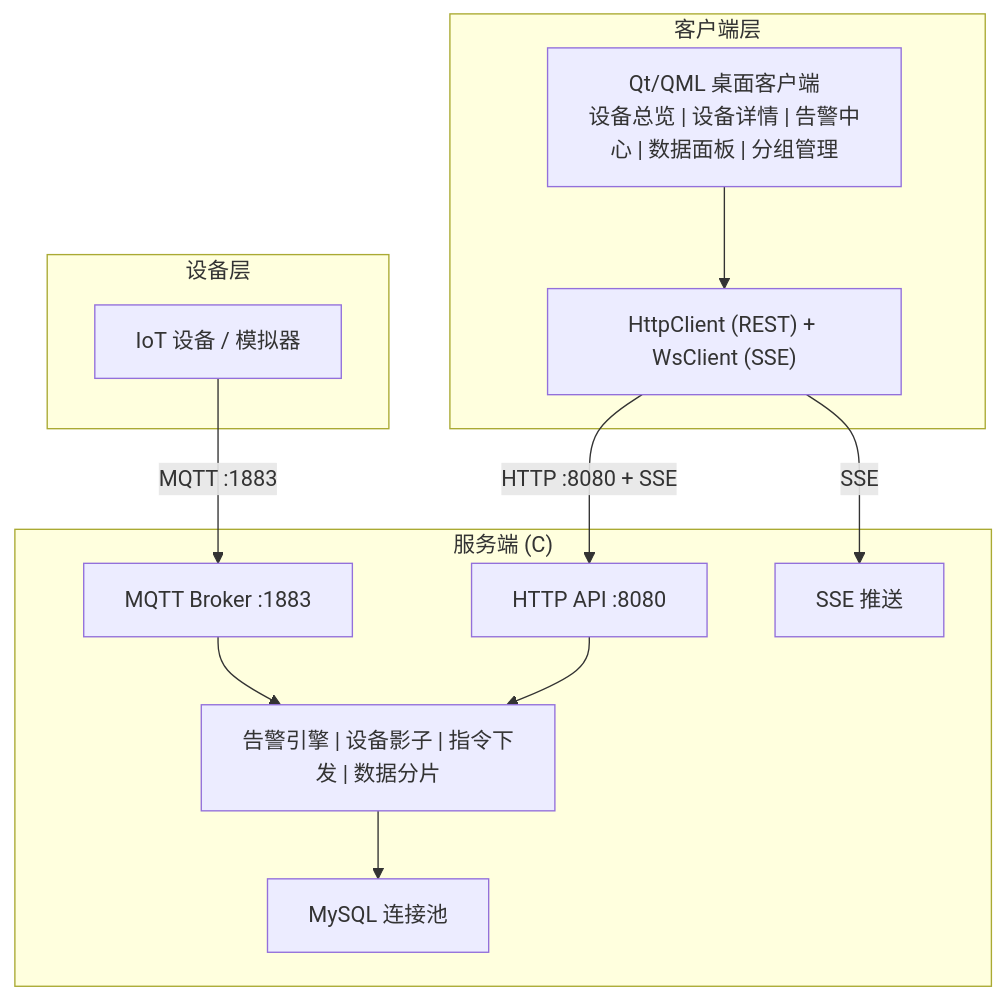
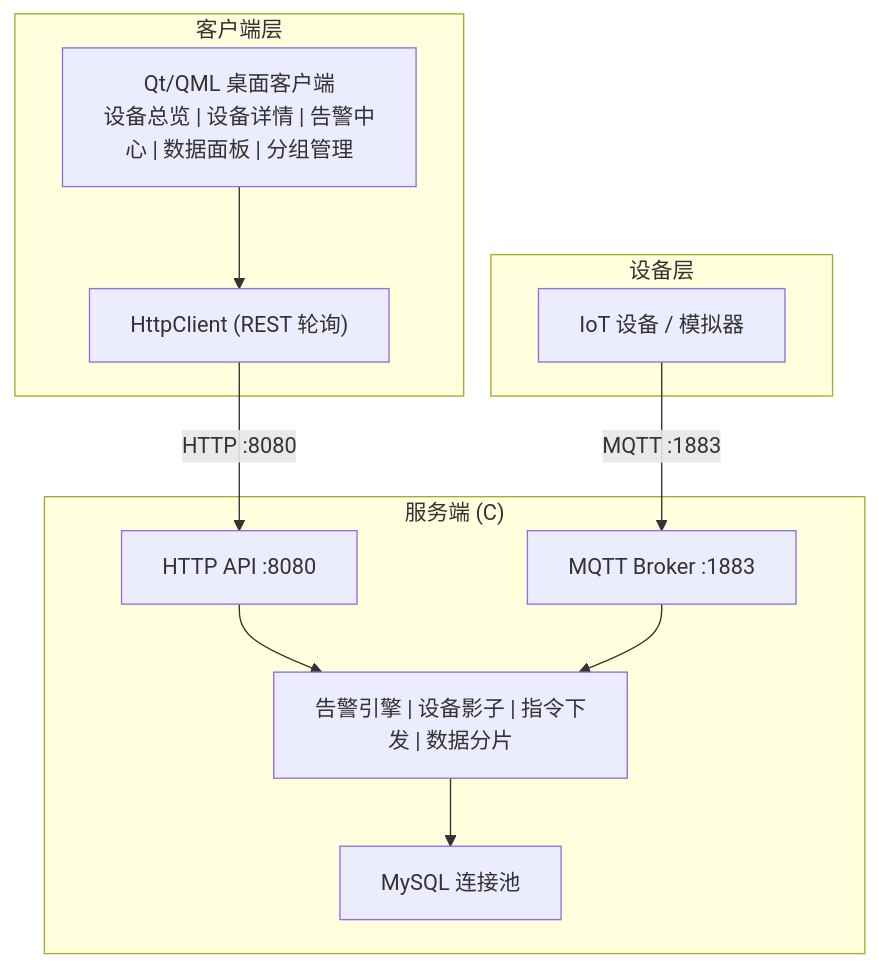
One commit to Lab0x-Embedded/iotsystem changed the diagram in README.md. Above: the diagram before and after it, drawn with Mermaid. The commit also changed other lines of this file and 3 other files, not shown here.

````diff
--- a/README.md
+++ b/README.md
@@ -15,27 +15,25 @@
 ```mermaid
 graph TB
     subgraph Client["客户端层"]
         Qt["Qt/QML 桌面客户端<br/>设备总览 | 设备详情 | 告警中心 | 数据面板 | 分组管理"]
-        Net["HttpClient (REST) + WsClient (SSE)"]
+        Net["HttpClient (REST 轮询)"]
     end
 
     subgraph Server["服务端 (C)"]
         MQTT["MQTT Broker :1883"]
         HTTP["HTTP API :8080"]
-        SSE["SSE 推送"]
         Biz["告警引擎 | 设备影子 | 指令下发 | 数据分片"]
         DBPool["MySQL 连接池"]
     end
 
     subgraph Devices["设备层"]
         Dev["IoT 设备 / 模拟器"]
     end
 
     Qt --> Net
-    Net -->|"HTTP :8080 + SSE"| HTTP
-    Net -->|"SSE"| SSE
+    Net -->|"HTTP :8080"| HTTP
     HTTP --> Biz
     MQTT --> Biz
     Biz --> DBPool
     Dev -->|"MQTT :1883"| MQTT
 ```
````
